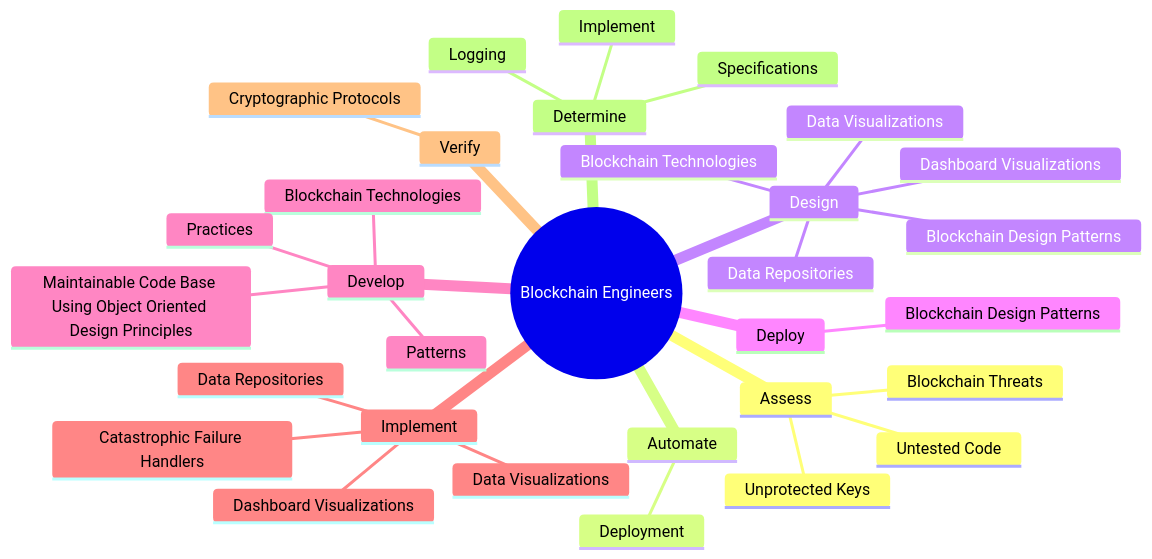
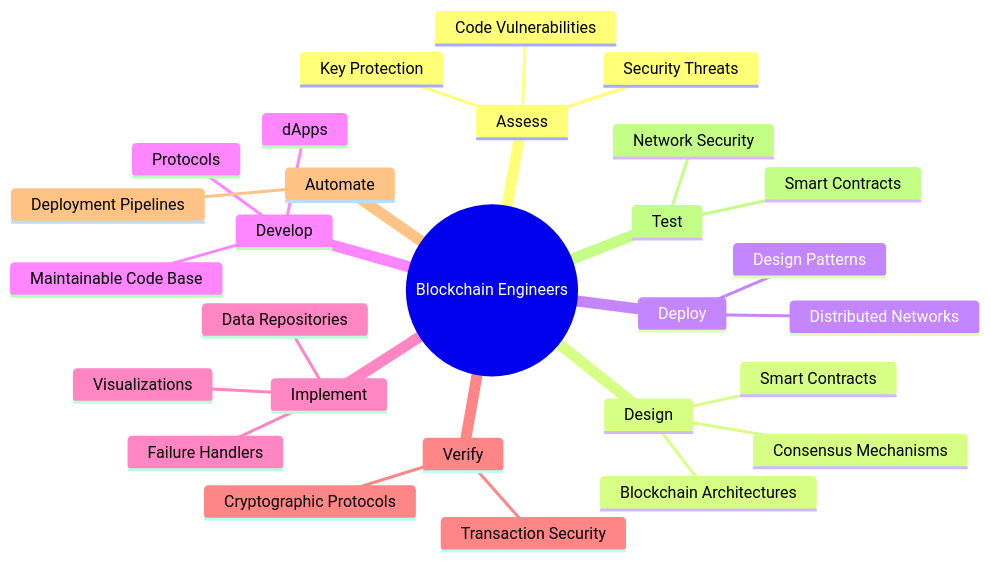
One commit to kziemski/business.org.ai changed the second of 4 diagrams in occupations/Technology/BlockchainEngineers.mdx. Above: the diagram before and after it, drawn with Mermaid. The commit also changed other lines of this file and 938 other files, not shown here.

````diff
--- a/occupations/Technology/BlockchainEngineers.mdx
+++ b/occupations/Technology/BlockchainEngineers.mdx
@@ -38,34 +45,31 @@
 ```mermaid
 mindmap
     root(("Blockchain Engineers"))
         Assess
-            Blockchain Threats
-            Untested Code
-            Unprotected Keys
-        Automate
-            Deployment
+            Security Threats
+            Code Vulnerabilities
+            Key Protection
         Design
-            Blockchain Design Patterns
-            Blockchain Technologies
-            Dashboard Visualizations
-            Data Visualizations
+            Blockchain Architectures
+            Smart Contracts
+            Consensus Mechanisms
+        Deploy
+            Distributed Networks
+            Design Patterns
+        Develop
+            dApps
+            Maintainable Code Base
+            Protocols
+        Implement
+            Visualizations
             Data Repositories
-        Deploy
-            Blockchain Design Patterns
-        Develop
-            Blockchain Technologies
-            Maintainable Code Base Using Object Oriented Design Principles
-            Practices
-            Patterns
-        Implement
-            Dashboard Visualizations
-            Data Visualizations
-            Data Repositories
-            Catastrophic Failure Handlers
+            Failure Handlers
         Verify
             Cryptographic Protocols
-        Determine
-            Specifications
-            Implement
-            Logging
+            Transaction Security
+        Automate
+            Deployment Pipelines
+        Test
+            Smart Contracts
+            Network Security
 ```
````
